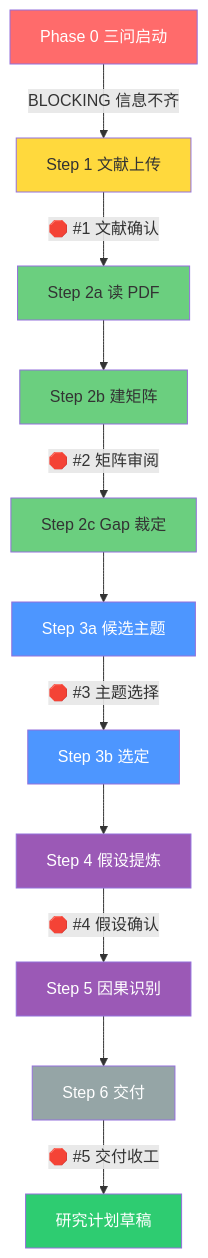
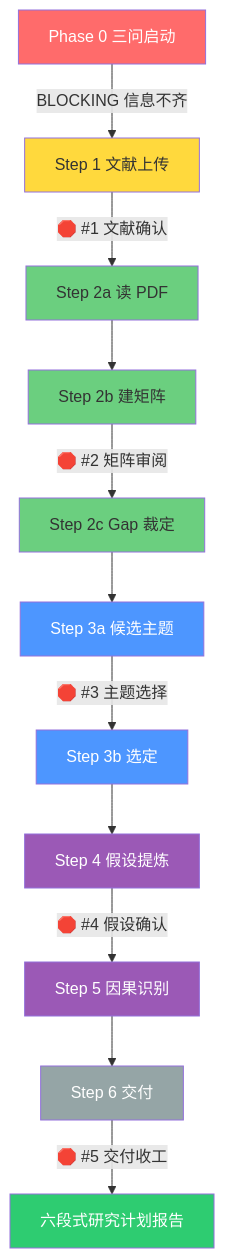
One commit to jefeerzhang/xtgc-forge changed the diagram in SKILL.md. Above: the diagram before and after it, drawn with Mermaid. The commit also changed other lines of this file and 17 other files, not shown here.

````diff
--- a/SKILL.md
+++ b/SKILL.md
@@ -21,25 +23,25 @@
 ```mermaid
 flowchart TD
     A[Phase 0 三问启动] -->|BLOCKING 信息不齐| C1[Step 1 文献上传]
     C1 -->|🛑 #1 文献确认| C2[Step 2a 读 PDF]
     C2 --> D1[Step 2b 建矩阵]
     D1 -->|🛑 #2 矩阵审阅| D2[Step 2c Gap 裁定]
     D2 --> E1[Step 3a 候选主题]
     E1 -->|🛑 #3 主题选择| E2[Step 3b 选定]
     E2 --> F1[Step 4 假设提炼]
     F1 -->|🛑 #4 假设确认| F2[Step 5 因果识别]
     F2 --> G1[Step 6 交付]
-    G1 -->|🛑 #5 交付收工| G2[研究计划草稿]
+    G1 -->|🛑 #5 交付收工| G2[六段式研究计划报告]
 
     style A fill:#ff6b6b,color:#fff
     style C1 fill:#ffd93d
     style C2 fill:#6bcf7f
     style D1 fill:#6bcf7f
     style D2 fill:#6bcf7f
     style E1 fill:#4d96ff,color:#fff
     style E2 fill:#4d96ff,color:#fff
     style F1 fill:#9b59b6,color:#fff
     style F2 fill:#9b59b6,color:#fff
     style G1 fill:#95a5a6,color:#fff
     style G2 fill:#2ecc71,color:#fff
 ```
````
